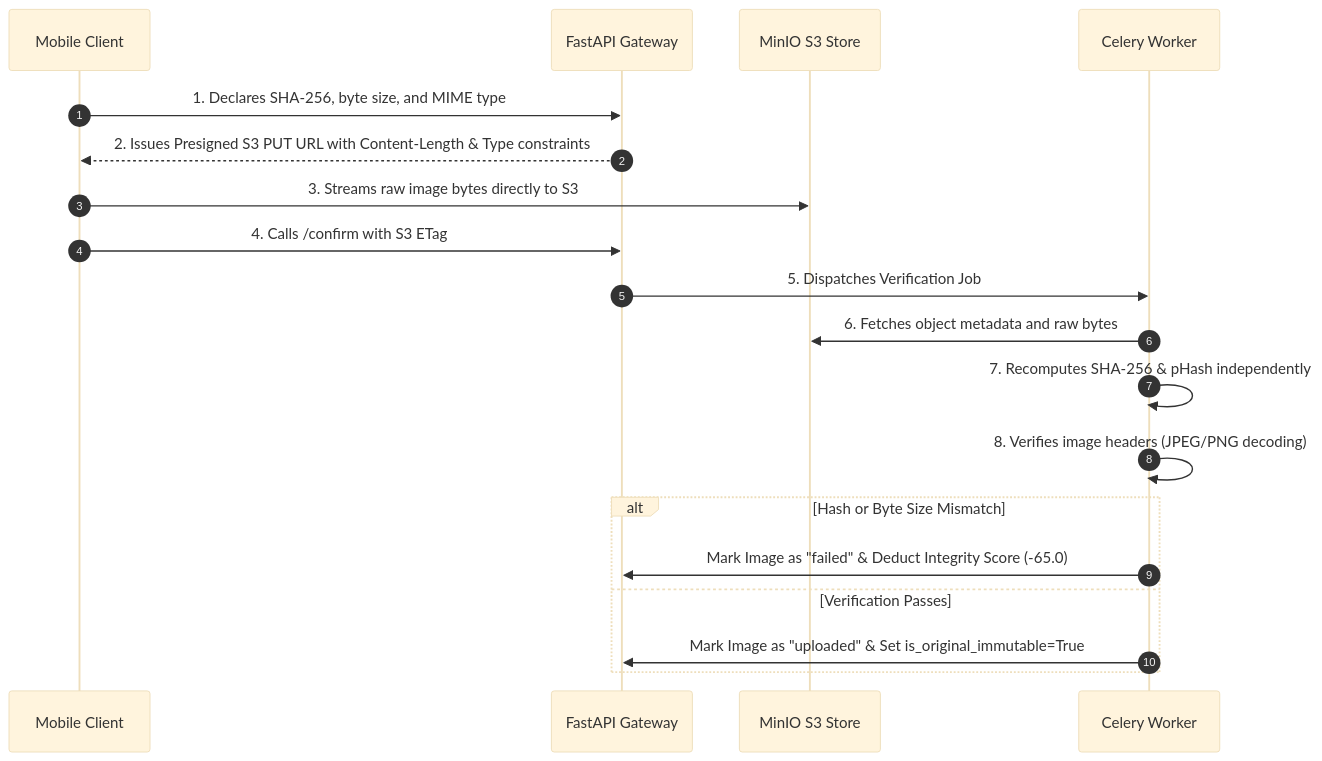
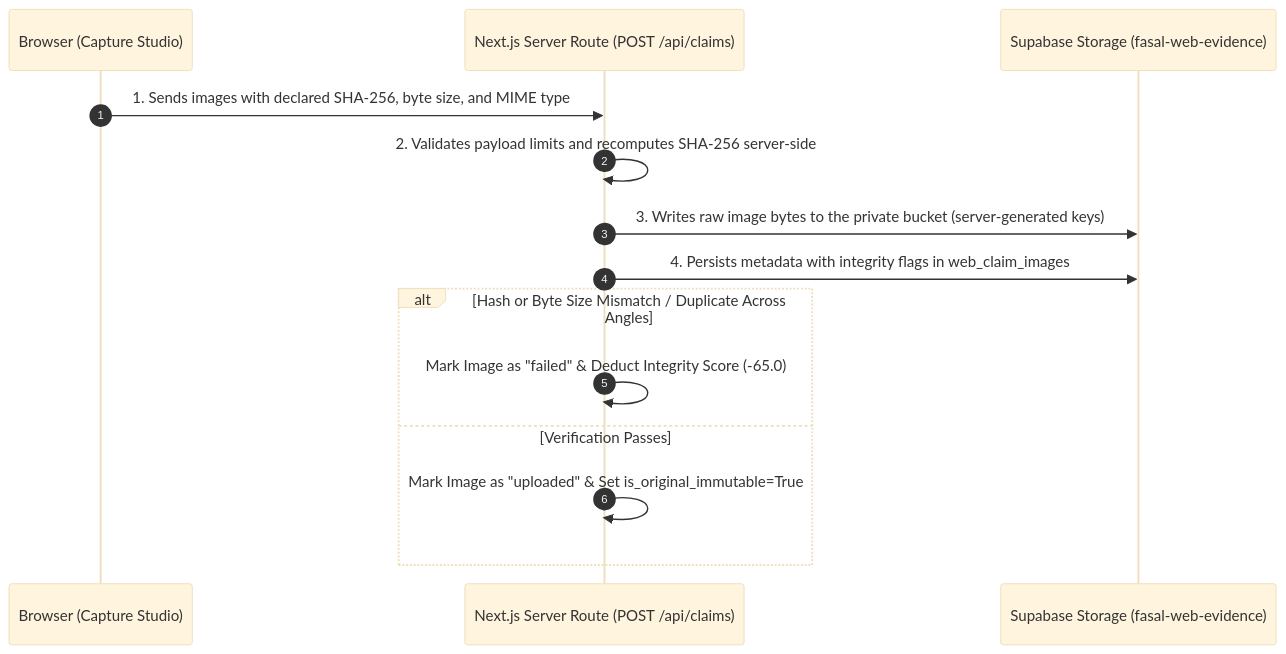
One commit to dhrrishitvdeka/Fasal-Pramaan changed the second of 2 diagrams in docs/security.md. Above: the diagram before and after it, drawn with Mermaid (base theme). The commit also changed other lines of this file and 924 other files, not shown here.

````diff
--- a/docs/security.md
+++ b/docs/security.md
@@ -55,22 +55,17 @@
 ```mermaid
 sequenceDiagram
   autonumber
-  participant Client as Mobile Client
-  participant API as FastAPI Gateway
-  participant S3 as MinIO S3 Store
-  participant Worker as Celery Worker
+  participant Client as Browser (Capture Studio)
+  participant API as Next.js Server Route (POST /api/claims)
+  participant Store as Supabase Storage (fasal-web-evidence)
 
-  Client->>API: 1. Declares SHA-256, byte size, and MIME type
-  API-->>Client: 2. Issues Presigned S3 PUT URL with Content-Length & Type constraints
-  Client->>S3: 3. Streams raw image bytes directly to S3
-  Client->>API: 4. Calls /confirm with S3 ETag
-  API->>Worker: 5. Dispatches Verification Job
-  Worker->>S3: 6. Fetches object metadata and raw bytes
-  Worker->>Worker: 7. Recomputes SHA-256 & pHash independently
-  Worker->>Worker: 8. Verifies image headers (JPEG/PNG decoding)
-  alt Hash or Byte Size Mismatch
-    Worker->>API: Mark Image as "failed" & Deduct Integrity Score (-65.0)
+  Client->>API: 1. Sends images with declared SHA-256, byte size, and MIME type
+  API->>API: 2. Validates payload limits and recomputes SHA-256 server-side
+  API->>Store: 3. Writes raw image bytes to the private bucket (server-generated keys)
+  API->>Store: 4. Persists metadata with integrity flags in web_claim_images
+  alt Hash or Byte Size Mismatch / Duplicate Across Angles
+    API->>API: Mark Image as "failed" & Deduct Integrity Score (-65.0)
   else Verification Passes
-    Worker->>API: Mark Image as "uploaded" & Set is_original_immutable=True
+    API->>API: Mark Image as "uploaded" & Set is_original_immutable=True
   end
 ```
````
